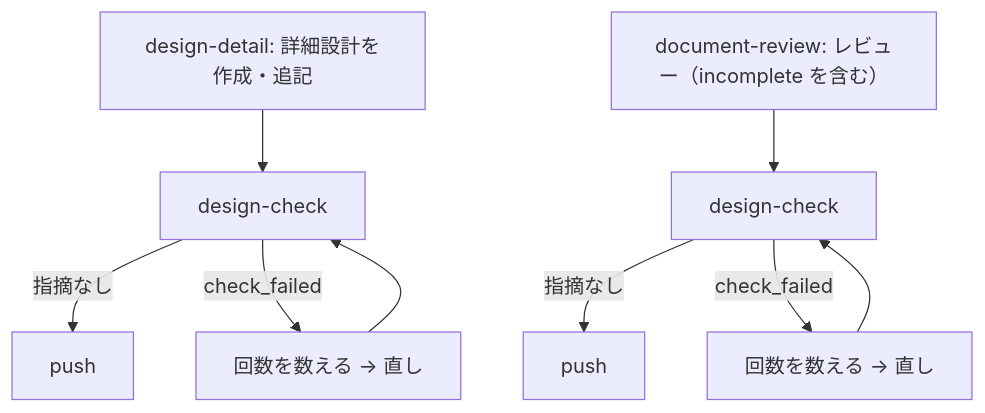
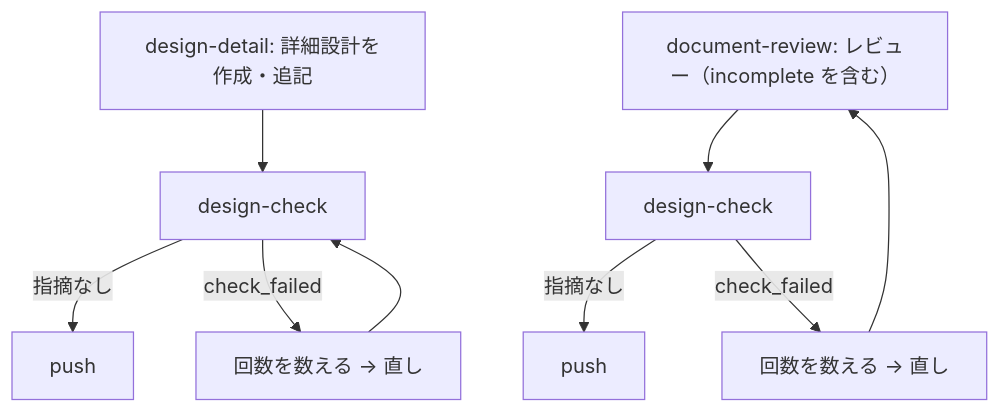
One commit to devbasex/ai-plugins changed the fourth of 4 diagrams in issues/issue-2912-design.md. Above: the diagram before and after it, drawn with Mermaid. The commit also changed other lines of this file and 1 other file, not shown here.

````diff
--- a/issues/issue-2912-design.md
+++ b/issues/issue-2912-design.md
@@ -244,7 +253,7 @@
 ```mermaid
 graph TD
     w["design-detail: 詳細設計を作成・追記"] --> k1["design-check"] -->|"指摘なし"| u1["push"]
     k1 -->|"check_failed"| x1["回数を数える → 直し"] --> k1
     v["document-review: レビュー（incomplete を含む）"] --> k2["design-check"] -->|"指摘なし"| u2["push"]
-    k2 -->|"check_failed"| x2["回数を数える → 直し"] --> k2
+    k2 -->|"check_failed"| x2["回数を数える → 直し"] --> v
 ```
````
